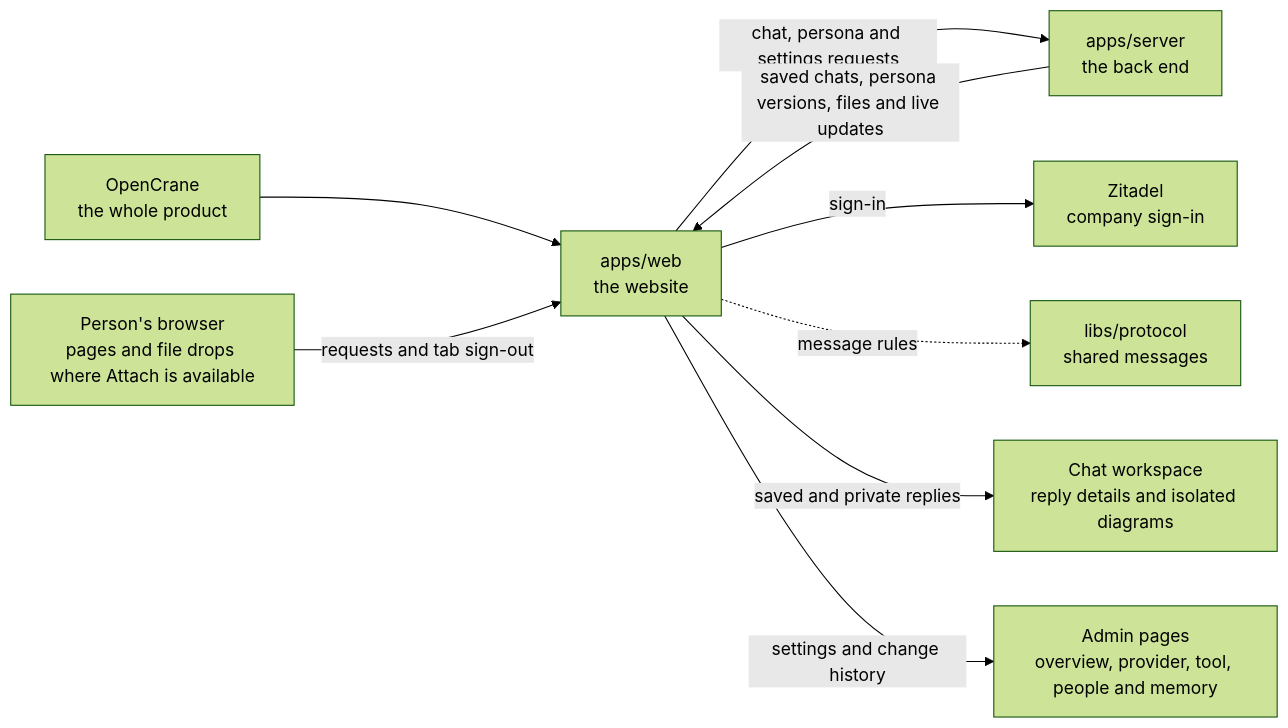
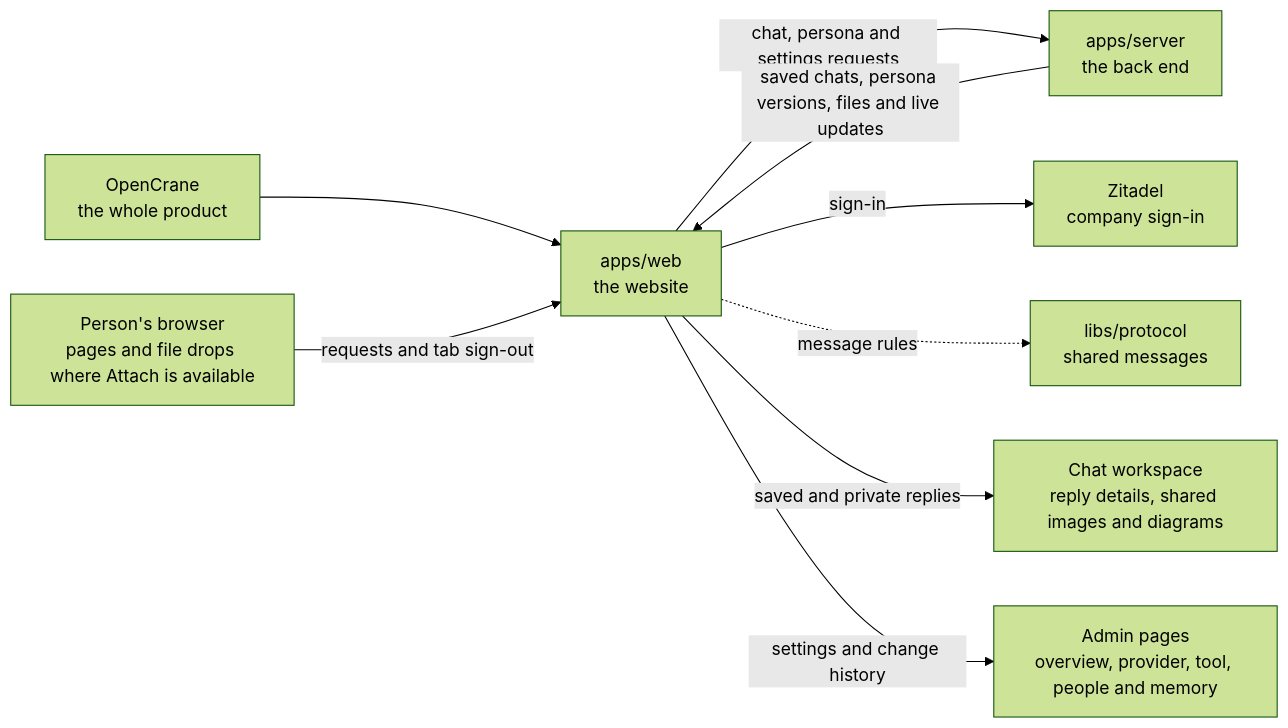
The diagram in apps/web/README.md (elewa-git/opencrane-new), drawn with Mermaid (forest theme) before and after one commit. The commit also changed other lines of this file and 19 other files, not shown here.

Commit message:
🖼️ Show shared images in assistant replies

````diff
--- a/apps/web/README.md
+++ b/apps/web/README.md
@@ -16,11 +16,11 @@
 ```mermaid
 flowchart LR
   system["OpenCrane<br/>the whole product"] --> web["apps/web<br/>the website"]
   browser["Person's browser<br/>pages and file drops where Attach is available"] -->|requests and tab sign-out| web
   web -->|chat, persona and settings requests| server["apps/server<br/>the back end"]
   server -->|saved chats, persona versions, files and live updates| web
   web -->|sign-in| zitadel["Zitadel<br/>company sign-in"]
   web -.->|message rules| protocol["libs/protocol<br/>shared messages"]
-  web -->|saved and private replies| capture["Chat workspace<br/>reply details and isolated diagrams"]
+  web -->|saved and private replies| capture["Chat workspace<br/>reply details, shared images and diagrams"]
   web -->|settings and change history| admin["Admin pages<br/>overview, provider, tool, people and memory"]
 ```
````
